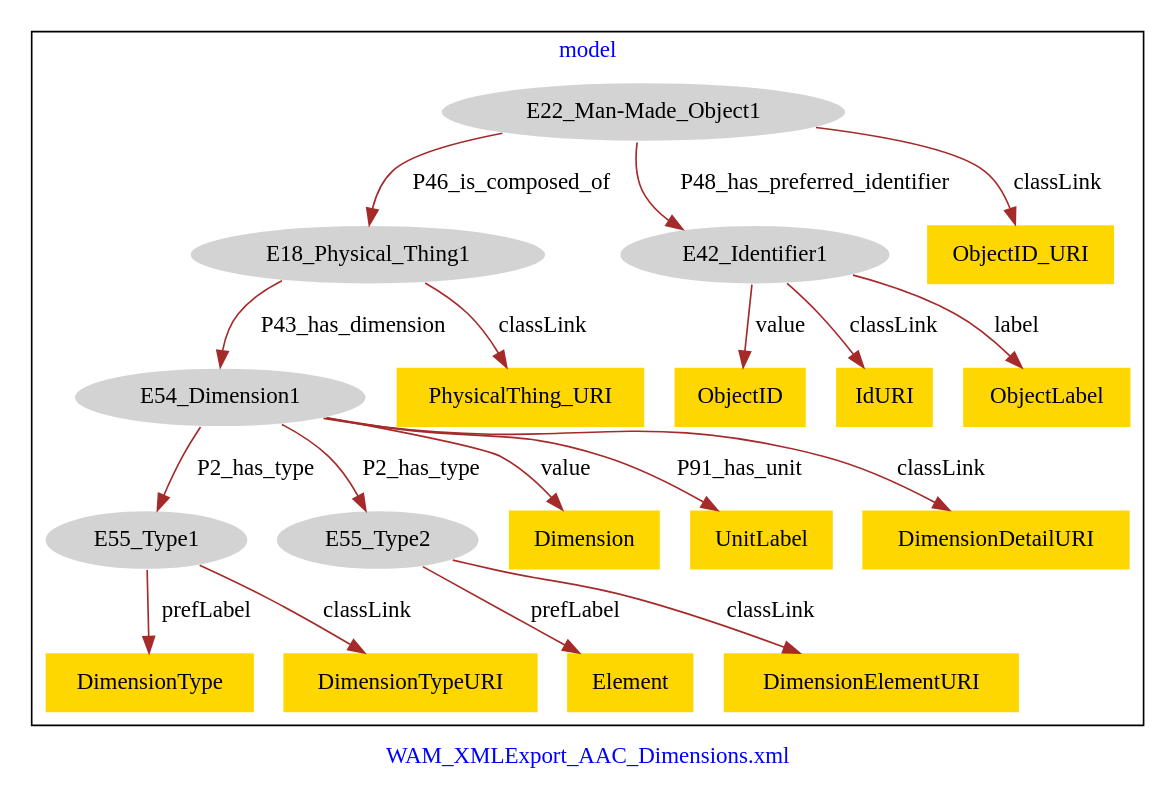
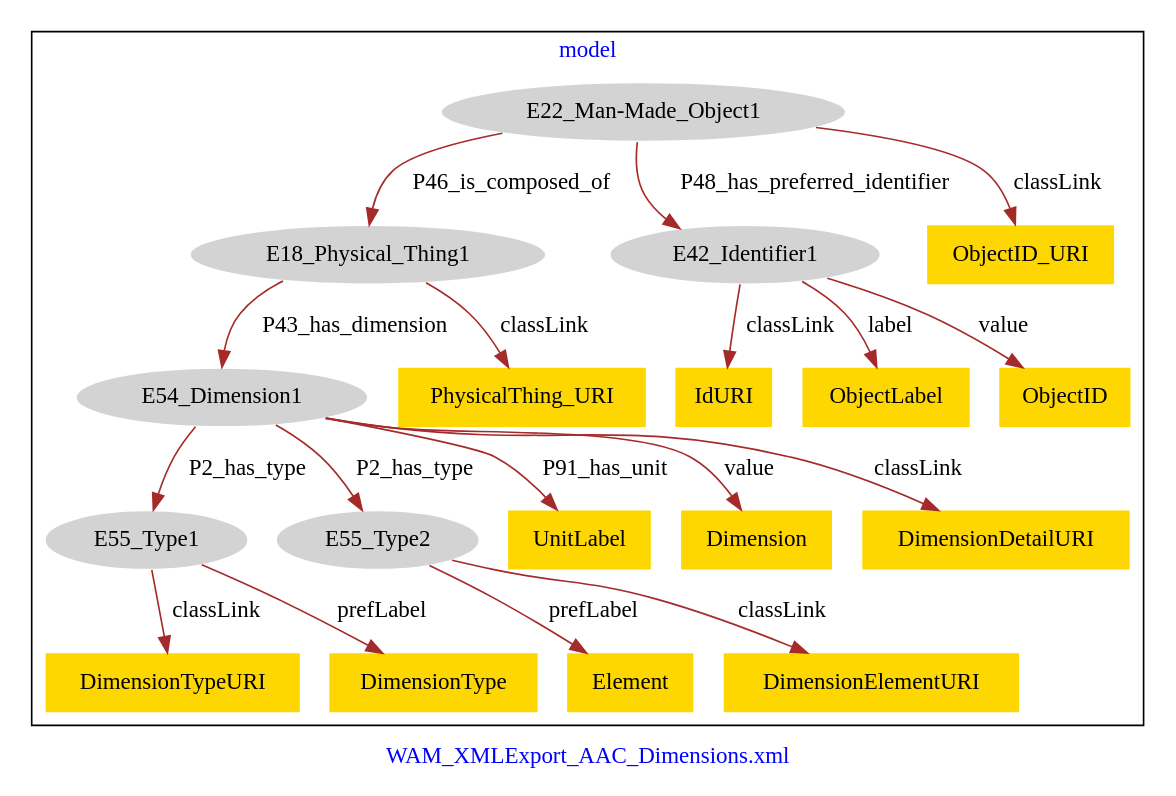
One commit to american-art/wam changed the diagram in WAM_AAC_Dimensions/WAM_AAC_Dimensions-model.dot. Above: the diagram before and after it, drawn with Graphviz.

Commit message:
Update file WAM_AAC_Dimensions-model.dot

```diff
--- a/WAM_AAC_Dimensions/WAM_AAC_Dimensions-model.dot
+++ b/WAM_AAC_Dimensions/WAM_AAC_Dimensions-model.dot
@@ -1,43 +1,43 @@
 digraph n0 {
 fontcolor="blue"
 remincross="true"
 label="WAM_XMLExport_AAC_Dimensions.xml"
 subgraph cluster {
 label="model"
 n2[style="filled",color="white",fillcolor="lightgray",label="E18_Physical_Thing1"];
 n3[style="filled",color="white",fillcolor="lightgray",label="E54_Dimension1"];
 n4[style="filled",color="white",fillcolor="lightgray",label="E22_Man-Made_Object1"];
 n5[style="filled",color="white",fillcolor="lightgray",label="E42_Identifier1"];
 n6[style="filled",color="white",fillcolor="lightgray",label="E55_Type1"];
 n7[style="filled",color="white",fillcolor="lightgray",label="E55_Type2"];
-n8[shape="plaintext",style="filled",fillcolor="gold",label="DimensionType"];
-n9[shape="plaintext",style="filled",fillcolor="gold",label="ObjectID"];
+n8[shape="plaintext",style="filled",fillcolor="gold",label="IdURI"];
+n9[shape="plaintext",style="filled",fillcolor="gold",label="Element"];
 n10[shape="plaintext",style="filled",fillcolor="gold",label="DimensionTypeURI"];
-n11[shape="plaintext",style="filled",fillcolor="gold",label="Dimension"];
-n12[shape="plaintext",style="filled",fillcolor="gold",label="UnitLabel"];
-n13[shape="plaintext",style="filled",fillcolor="gold",label="IdURI"];
-n14[shape="plaintext",style="filled",fillcolor="gold",label="Element"];
-n15[shape="plaintext",style="filled",fillcolor="gold",label="ObjectID_URI"];
-n16[shape="plaintext",style="filled",fillcolor="gold",label="PhysicalThing_URI"];
-n17[shape="plaintext",style="filled",fillcolor="gold",label="ObjectLabel"];
-n18[shape="plaintext",style="filled",fillcolor="gold",label="DimensionElementURI"];
-n19[shape="plaintext",style="filled",fillcolor="gold",label="DimensionDetailURI"];
+n11[shape="plaintext",style="filled",fillcolor="gold",label="UnitLabel"];
+n12[shape="plaintext",style="filled",fillcolor="gold",label="DimensionElementURI"];
+n13[shape="plaintext",style="filled",fillcolor="gold",label="Dimension"];
+n14[shape="plaintext",style="filled",fillcolor="gold",label="ObjectLabel"];
+n15[shape="plaintext",style="filled",fillcolor="gold",label="DimensionType"];
+n16[shape="plaintext",style="filled",fillcolor="gold",label="ObjectID_URI"];
+n17[shape="plaintext",style="filled",fillcolor="gold",label="DimensionDetailURI"];
+n18[shape="plaintext",style="filled",fillcolor="gold",label="ObjectID"];
+n19[shape="plaintext",style="filled",fillcolor="gold",label="PhysicalThing_URI"];
 }
 n2 -> n3[color="brown",fontcolor="black",label="P43_has_dimension"]
 n4 -> n2[color="brown",fontcolor="black",label="P46_is_composed_of"]
 n4 -> n5[color="brown",fontcolor="black",label="P48_has_preferred_identifier"]
 n3 -> n6[color="brown",fontcolor="black",label="P2_has_type"]
 n3 -> n7[color="brown",fontcolor="black",label="P2_has_type"]
-n6 -> n8[color="brown",fontcolor="black",label="prefLabel"]
-n5 -> n9[color="brown",fontcolor="black",label="value"]
+n5 -> n8[color="brown",fontcolor="black",label="classLink"]
+n7 -> n9[color="brown",fontcolor="black",label="prefLabel"]
 n6 -> n10[color="brown",fontcolor="black",label="classLink"]
-n3 -> n11[color="brown",fontcolor="black",label="value"]
-n3 -> n12[color="brown",fontcolor="black",label="P91_has_unit"]
-n5 -> n13[color="brown",fontcolor="black",label="classLink"]
-n7 -> n14[color="brown",fontcolor="black",label="prefLabel"]
-n4 -> n15[color="brown",fontcolor="black",label="classLink"]
-n2 -> n16[color="brown",fontcolor="black",label="classLink"]
-n5 -> n17[color="brown",fontcolor="black",label="label"]
-n7 -> n18[color="brown",fontcolor="black",label="classLink"]
-n3 -> n19[color="brown",fontcolor="black",label="classLink"]
+n3 -> n11[color="brown",fontcolor="black",label="P91_has_unit"]
+n7 -> n12[color="brown",fontcolor="black",label="classLink"]
+n3 -> n13[color="brown",fontcolor="black",label="value"]
+n5 -> n14[color="brown",fontcolor="black",label="label"]
+n6 -> n15[color="brown",fontcolor="black",label="prefLabel"]
+n4 -> n16[color="brown",fontcolor="black",label="classLink"]
+n3 -> n17[color="brown",fontcolor="black",label="classLink"]
+n5 -> n18[color="brown",fontcolor="black",label="value"]
+n2 -> n19[color="brown",fontcolor="black",label="classLink"]
 }
```
